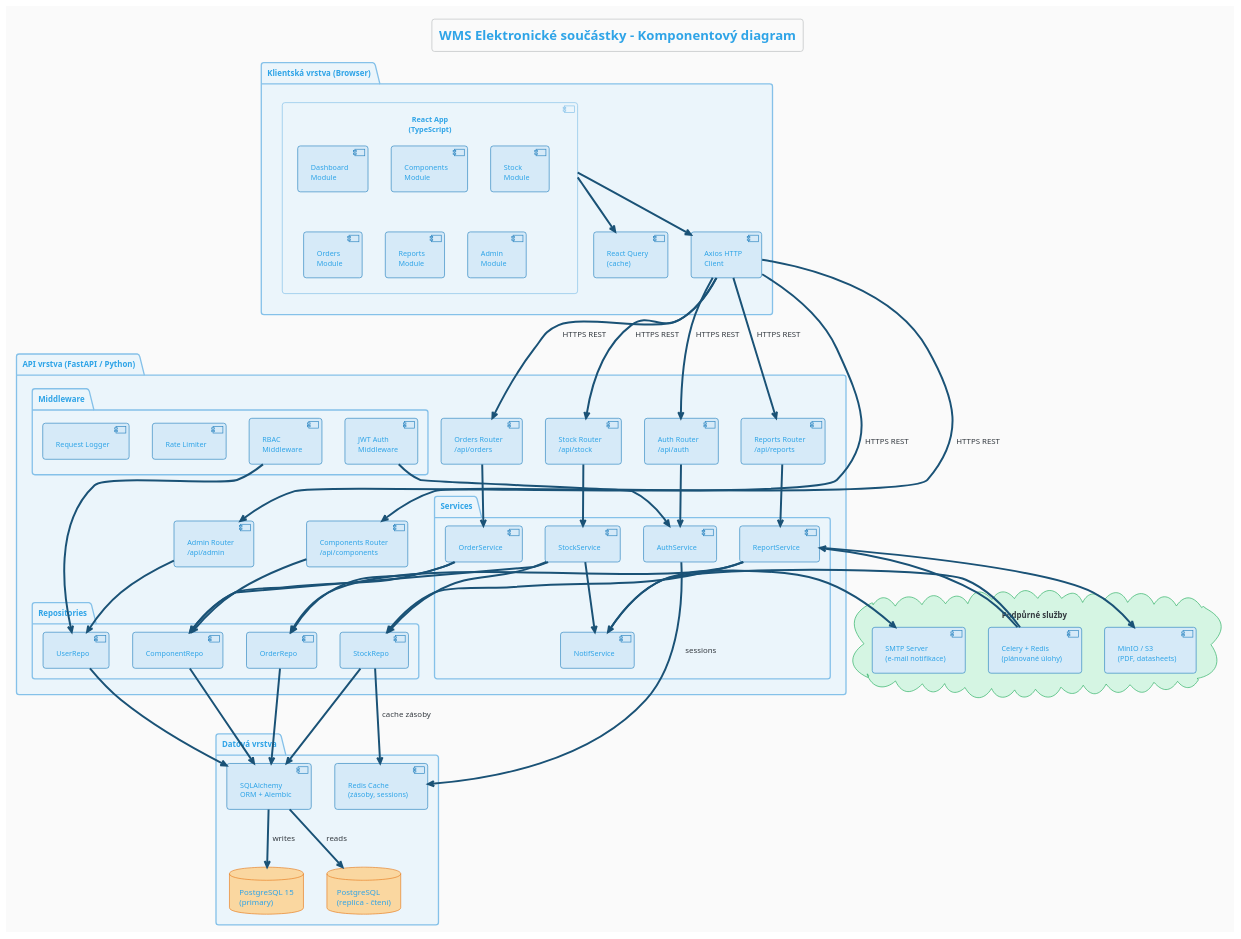
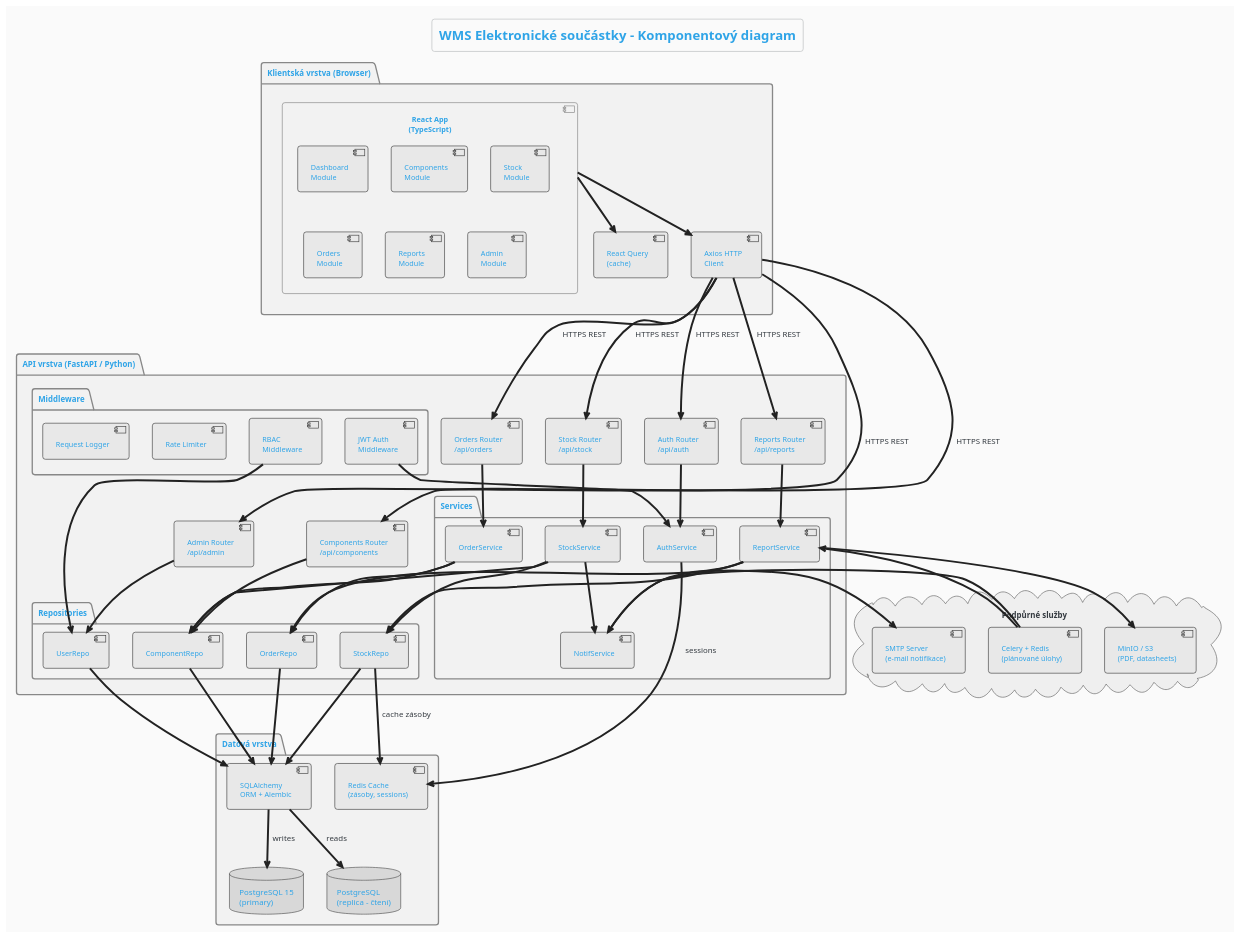
The diagram in diagrams/07_component_diagram.puml (lkvapil/WMS-elektronicke-soucastky), drawn with PlantUML before and after one commit. The commit also changed 15 other files, not shown here.

Commit message:
style: cernobile schema pro vsechny diagramy

```diff
--- a/diagrams/07_component_diagram.puml
+++ b/diagrams/07_component_diagram.puml
@@ -1,149 +1,149 @@
 @startuml 07_component_diagram
 !theme cerulean-outline
 title WMS Elektronické součástky – Komponentový diagram
 
 skinparam backgroundColor #FAFAFA
 skinparam component {
-  BackgroundColor #D6EAF8
-  BorderColor #2E86C1
-  ArrowColor #1A5276
+  BackgroundColor #E8E8E8
+  BorderColor #444444
+  ArrowColor #222222
   FontSize 11
 }
 skinparam package {
-  BackgroundColor #EBF5FB
-  BorderColor #85C1E9
+  BackgroundColor #F2F2F2
+  BorderColor #888888
   FontSize 12
 }
 skinparam database {
-  BackgroundColor #FAD7A0
-  BorderColor #E67E22
+  BackgroundColor #D8D8D8
+  BorderColor #555555
 }
 skinparam cloud {
-  BackgroundColor #D5F5E3
-  BorderColor #27AE60
+  BackgroundColor #EFEFEF
+  BorderColor #666666
 }
 skinparam node {
-  BackgroundColor #FDEBD0
-  BorderColor #CA6F1E
+  BackgroundColor #DCDCDC
+  BorderColor #555555
 }
 
 '══════════════════════════════════════════════════════════════════════════════
 '  KLIENTSKÁ VRSTVA
 '══════════════════════════════════════════════════════════════════════════════
 package "Klientská vrstva (Browser)" {
   component "React App\n(TypeScript)" as ReactApp {
     component "Dashboard\nModule" as Dashboard
     component "Components\nModule" as CompModule
     component "Stock\nModule" as StockModule
     component "Orders\nModule" as OrderModule
     component "Reports\nModule" as ReportModule
     component "Admin\nModule" as AdminModule
   }
   
   component "Axios HTTP\nClient" as Axios
   component "React Query\n(cache)" as RQ
   
   ReactApp --> Axios
   ReactApp --> RQ
 }
 
 '══════════════════════════════════════════════════════════════════════════════
 '  API VRSTVA
 '══════════════════════════════════════════════════════════════════════════════
 package "API vrstva (FastAPI / Python)" {
 
   component "Auth Router\n/api/auth" as AuthRouter
   component "Components Router\n/api/components" as CompRouter
   component "Stock Router\n/api/stock" as StockRouter
   component "Orders Router\n/api/orders" as OrderRouter
   component "Reports Router\n/api/reports" as ReportRouter
   component "Admin Router\n/api/admin" as AdminRouter
   
   package "Middleware" {
     component "JWT Auth\nMiddleware" as JWTMw
     component "RBAC\nMiddleware" as RBACMw
     component "Rate Limiter" as RateMw
     component "Request Logger" as LogMw
   }
   
   package "Services" {
     component "AuthService" as AuthSvc
     component "StockService" as StockSvc
     component "OrderService" as OrderSvc
     component "NotifService" as NotifSvc
     component "ReportService" as ReportSvc
   }
   
   package "Repositories" {
     component "ComponentRepo" as CompRepo
     component "StockRepo" as StockRepo
     component "OrderRepo" as OrderRepo
     component "UserRepo" as UserRepo
   }
   
   AuthRouter --> AuthSvc
   CompRouter --> CompRepo
   StockRouter --> StockSvc
   OrderRouter --> OrderSvc
   ReportRouter --> ReportSvc
   AdminRouter --> UserRepo
   
   StockSvc --> StockRepo
   StockSvc --> CompRepo
   StockSvc --> NotifSvc
   OrderSvc --> OrderRepo
   OrderSvc --> CompRepo
   ReportSvc --> StockRepo
   ReportSvc --> OrderRepo
 }
 
 '══════════════════════════════════════════════════════════════════════════════
 '  DATOVÁ VRSTVA
 '══════════════════════════════════════════════════════════════════════════════
 package "Datová vrstva" {
   database "PostgreSQL 15\n(primary)" as PG_Primary
   database "PostgreSQL\n(replica – čtení)" as PG_Replica
   
   component "SQLAlchemy\nORM + Alembic" as ORM
   component "Redis Cache\n(zásoby, sessions)" as Redis
   
   ORM --> PG_Primary : writes
   ORM --> PG_Replica : reads
 }
 
 '══════════════════════════════════════════════════════════════════════════════
 '  PODPŮRNÉ SLUŽBY
 '══════════════════════════════════════════════════════════════════════════════
 cloud "Podpůrné služby" {
   component "SMTP Server\n(e-mail notifikace)" as SMTP
   component "MinIO / S3\n(PDF, datasheets)" as S3
   component "Celery + Redis\n(plánované úlohy)" as Celery
 }
 
 '══════════════════════════════════════════════════════════════════════════════
 '  PROPOJENÍ VRSTEV
 '══════════════════════════════════════════════════════════════════════════════
 Axios --> AuthRouter   : HTTPS REST
 Axios --> CompRouter   : HTTPS REST
 Axios --> StockRouter  : HTTPS REST
 Axios --> OrderRouter  : HTTPS REST
 Axios --> ReportRouter : HTTPS REST
 Axios --> AdminRouter  : HTTPS REST
 
 JWTMw --> AuthSvc
 RBACMw --> UserRepo
 
 CompRepo --> ORM
 StockRepo --> ORM
 OrderRepo --> ORM
 UserRepo --> ORM
 
 StockRepo --> Redis : cache zásoby
 AuthSvc --> Redis   : sessions
 
 NotifSvc --> SMTP
 ReportSvc --> S3
 Celery --> NotifSvc
 Celery --> ReportSvc
 
 @enduml
```
